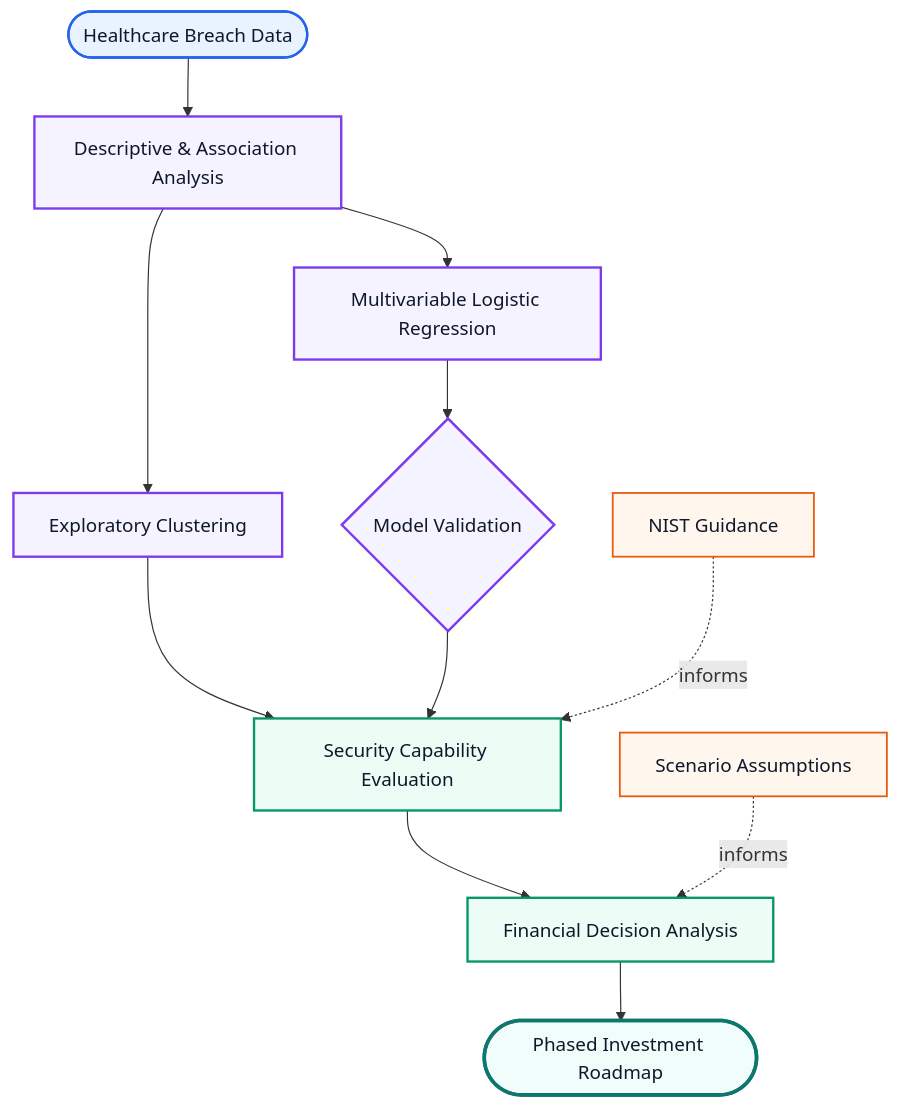
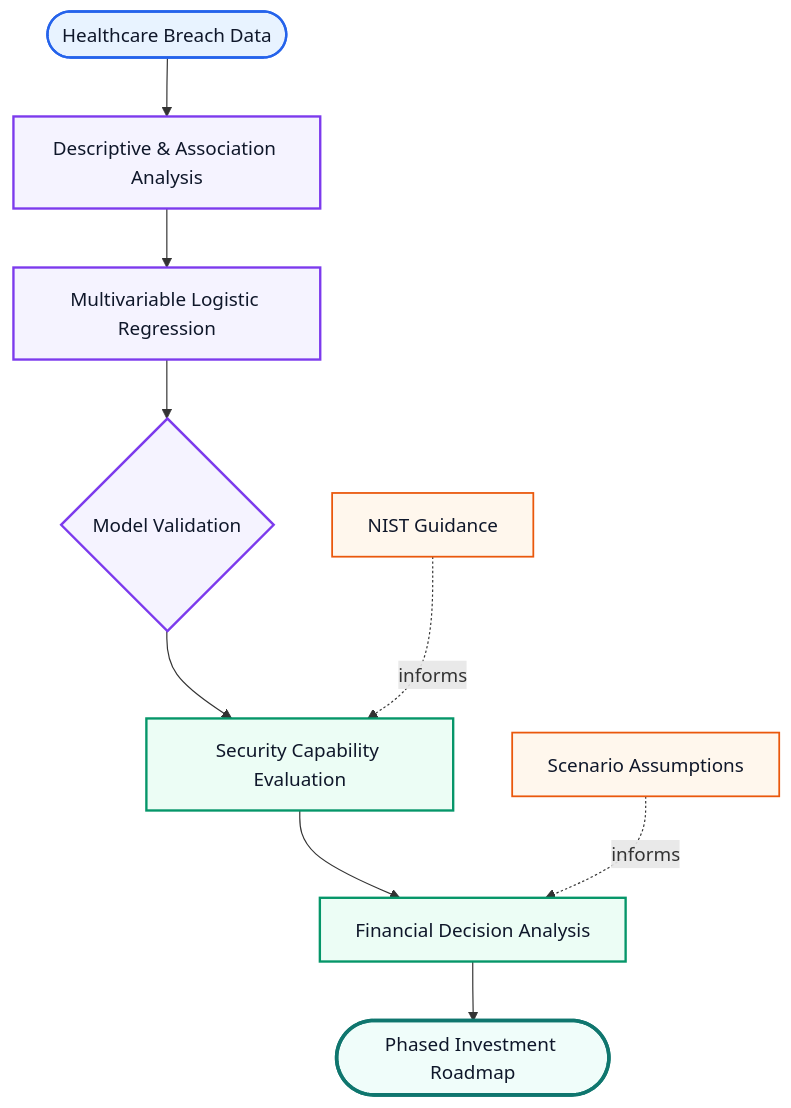
Before and after one commit to rachelletecharchitect01-star/security-architecture-capstone: the diagram in README.md, drawn with Mermaid. The commit also changed other lines of this file and 2 other files, not shown here.

Commit message:
Limit results branch to updated report findings and results

````diff
--- a/README.md
+++ b/README.md
@@ -31,26 +31,24 @@
 ```mermaid
 flowchart TB
     A([Healthcare Breach Data]) --> B[Descriptive & Association Analysis]
-    B --> X[Exploratory Clustering]
     B --> C[Multivariable Logistic Regression]
-    X --> E
     C --> D{Model Validation}
     D --> E[Security Capability Evaluation]
     E --> F[Financial Decision Analysis]
     F --> G([Phased Investment Roadmap])
 
     N[NIST Guidance] -. informs .-> E
     S[Scenario Assumptions] -. informs .-> F
 
     classDef source fill:#E8F3FF,stroke:#2563EB,stroke-width:2px,color:#0F172A;
     classDef analysis fill:#F5F3FF,stroke:#7C3AED,stroke-width:2px,color:#0F172A;
     classDef decision fill:#ECFDF5,stroke:#059669,stroke-width:2px,color:#0F172A;
     classDef support fill:#FFF7ED,stroke:#EA580C,stroke-width:1.5px,color:#0F172A;
     classDef outcome fill:#F0FDFA,stroke:#0F766E,stroke-width:3px,color:#0F172A;
 
     class A source;
-    class B,C,D,X analysis;
+    class B,C,D analysis;
     class E,F decision;
     class N,S support;
     class G outcome;
 ```
````
